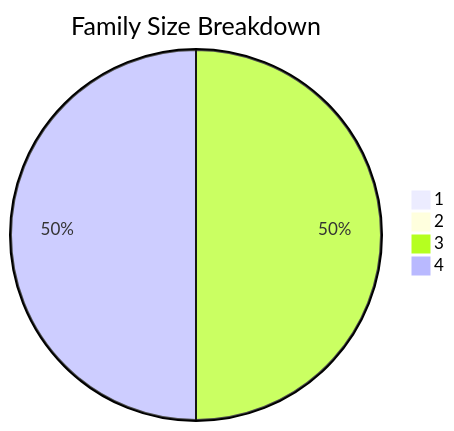
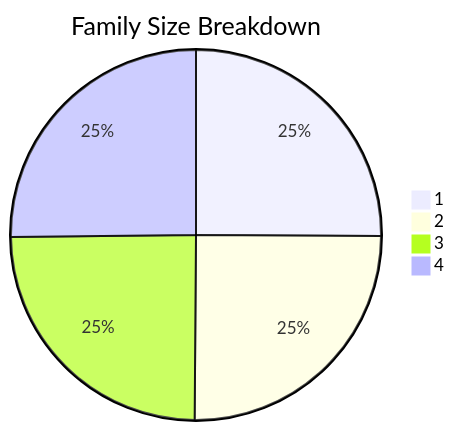
The sixth of 10 diagrams in test-tools/DataGen/src/Statistics_Visualizer.md (dhagan-va/intern-2025), drawn with Mermaid before and after one commit. The commit also changed other lines of this file and 2 other files, not shown here.

````diff
--- a/test-tools/DataGen/src/Statistics_Visualizer.md
+++ b/test-tools/DataGen/src/Statistics_Visualizer.md
@@ -66,7 +66,7 @@
 ```mermaid
 pie title Family Size Breakdown
-    "1" : 0
-    "2" : 0
-    "3" : 1
-    "4" : 1
+    "1" : 4558
+    "2" : 4550
+    "3" : 4492
+    "4" : 4574
 ```
````
